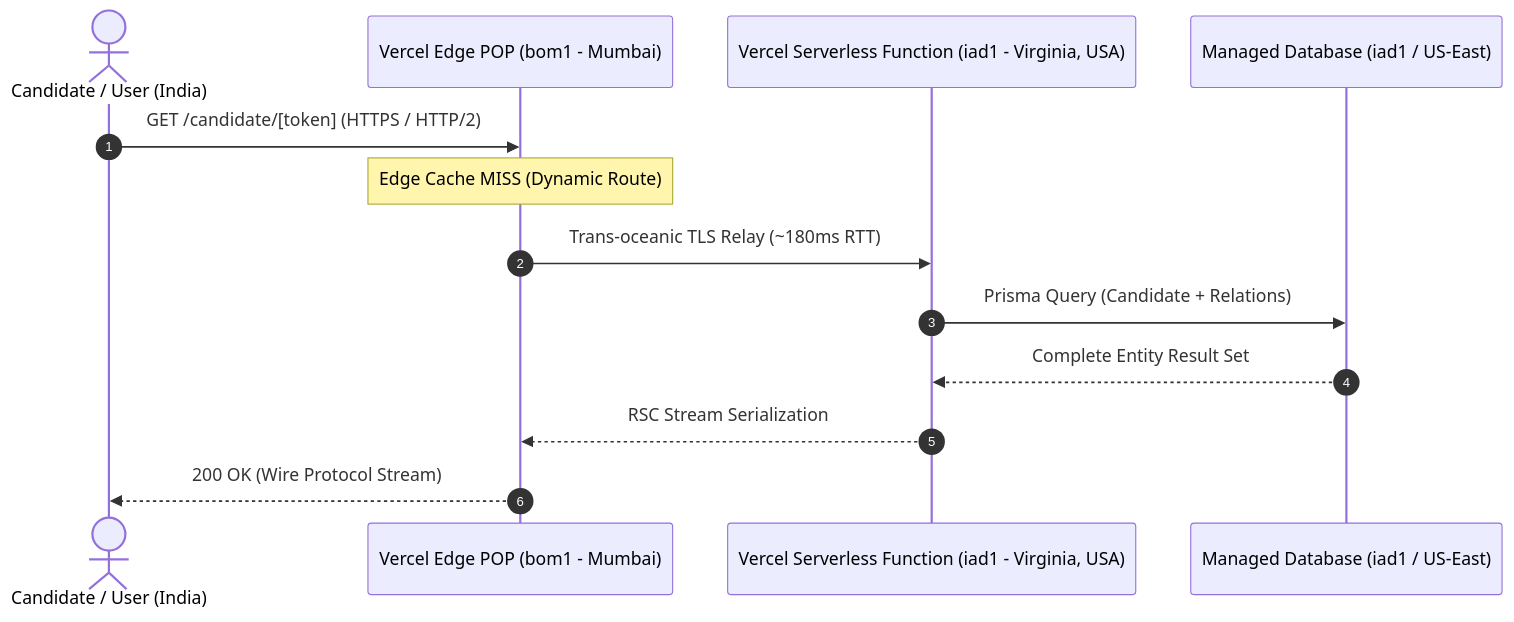
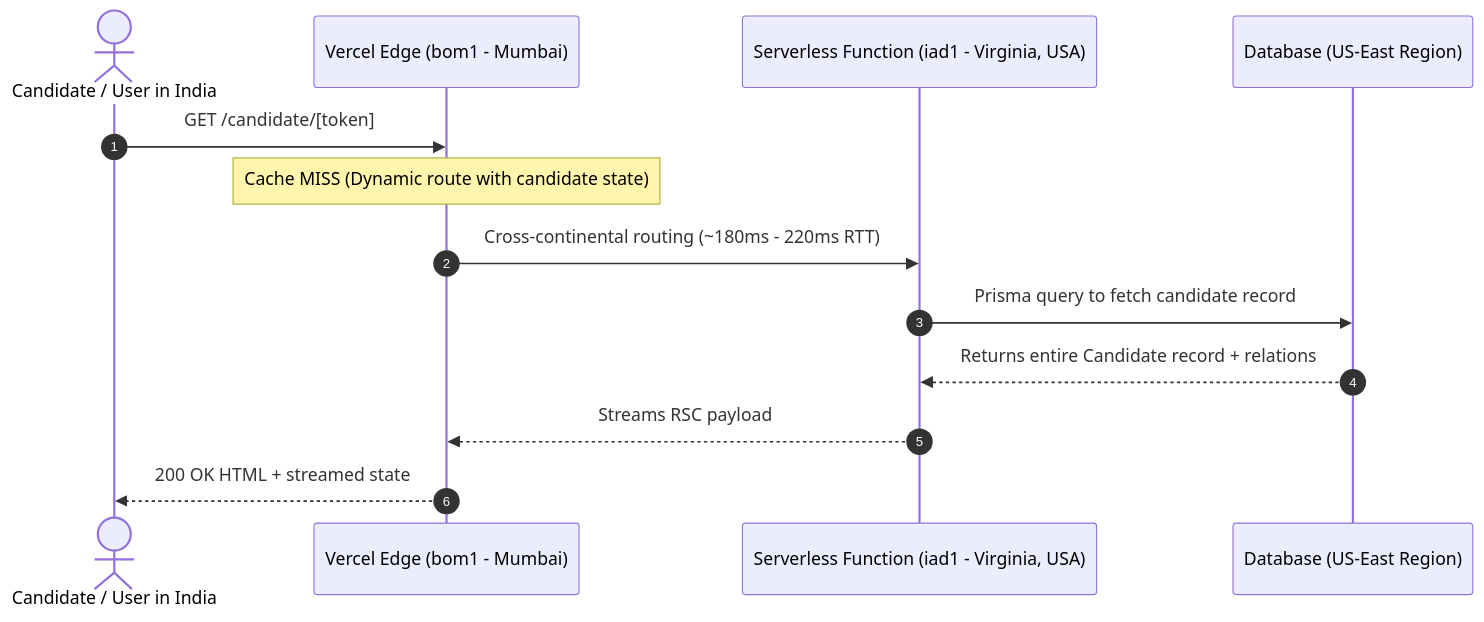
The diagram in AUDIT_REPORT.md (kashishrthr1/cynbit_assignment), drawn with Mermaid before and after one commit. The commit also changed other lines of this file and 3 other files, not shown here.

Commit message:
docs: humanize report narrative, personal reflections, and architecture summaries

````diff
--- a/AUDIT_REPORT.md
+++ b/AUDIT_REPORT.md
@@ -45,16 +54,16 @@
 ```mermaid
 sequenceDiagram
     autonumber
-    actor Candidate as Candidate / User (India)
-    participant Edge as Vercel Edge POP (bom1 - Mumbai)
-    participant Origin as Vercel Serverless Function (iad1 - Virginia, USA)
-    participant DB as Managed Database (iad1 / US-East)
+    actor User as Candidate / User in India
+    participant Edge as Vercel Edge (bom1 - Mumbai)
+    participant Compute as Serverless Function (iad1 - Virginia, USA)
+    participant DB as Database (US-East Region)
 
-    Candidate->>Edge: GET /candidate/[token] (HTTPS / HTTP/2)
-    Note over Edge: Edge Cache MISS (Dynamic Route)
-    Edge->>Origin: Trans-oceanic TLS Relay (~180ms RTT)
-    Origin->>DB: Prisma Query (Candidate + Relations)
-    DB-->>Origin: Complete Entity Result Set
-    Origin-->>Edge: RSC Stream Serialization
-    Edge-->>Candidate: 200 OK (Wire Protocol Stream)
+    User->>Edge: GET /candidate/[token]
+    Note over Edge: Cache MISS (Dynamic route with candidate state)
+    Edge->>Compute: Cross-continental routing (~180ms - 220ms RTT)
+    Compute->>DB: Prisma query to fetch candidate record
+    DB-->>Compute: Returns entire Candidate record + relations
+    Compute-->>Edge: Streams RSC payload
+    Edge-->>User: 200 OK HTML + streamed state
 ```
````
